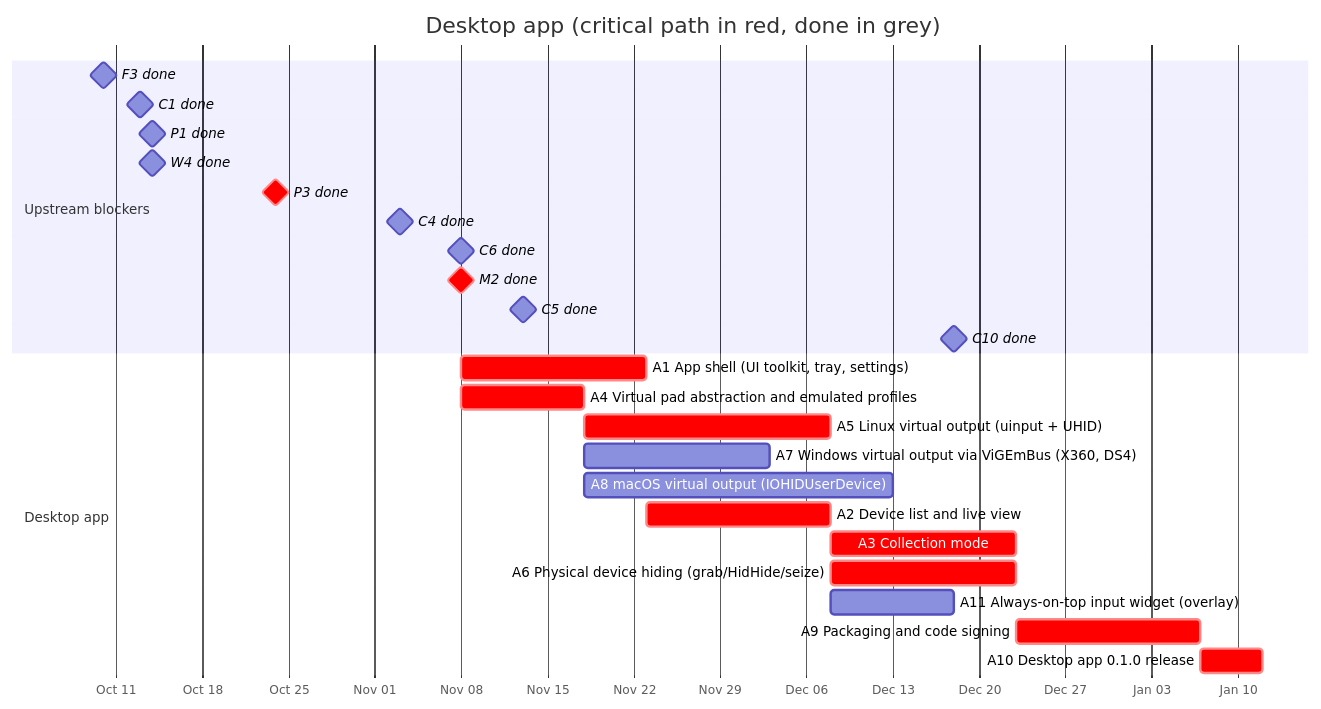
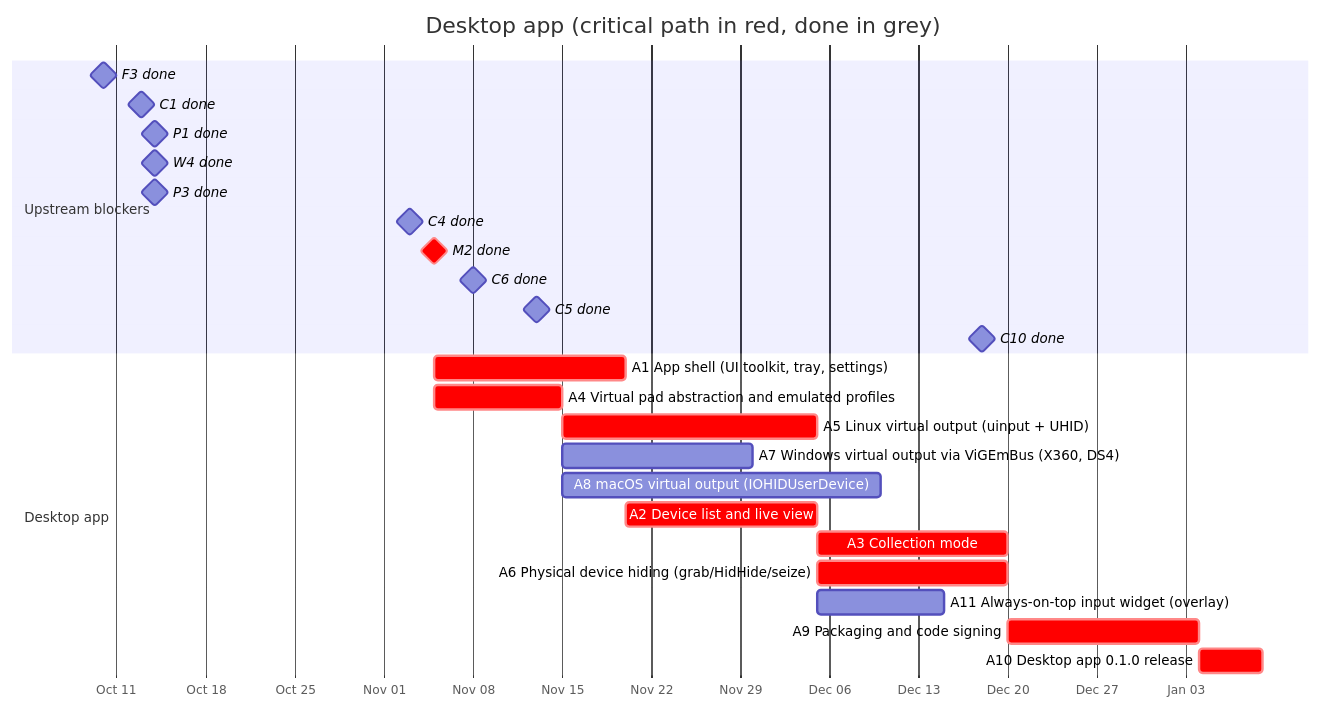
One commit to anygamepad/anygamepad.github.io changed the diagram in ROADMAP/2026-10-14/05-desktop-app.md. Above: the diagram before and after it, drawn with Mermaid. The commit also changed other lines of this file and 19 other files, not shown here.

````diff
--- a/ROADMAP/2026-10-14/05-desktop-app.md
+++ b/ROADMAP/2026-10-14/05-desktop-app.md
@@ -18,29 +18,29 @@
 ```mermaid
 gantt
     dateFormat YYYY-MM-DD
     axisFormat %b %d
     title Desktop app (critical path in red, done in grey)
     section Upstream blockers
     F3 done :milestone, f3, 2026-10-10, 0d
     C1 done :milestone, c1, 2026-10-13, 0d
     P1 done :milestone, p1, 2026-10-14, 0d
     W4 done :milestone, w4, 2026-10-14, 0d
-    P3 done :milestone, crit, p3, 2026-10-24, 0d
+    P3 done :milestone, p3, 2026-10-14, 0d
     C4 done :milestone, c4, 2026-11-03, 0d
+    M2 done :milestone, crit, m2, 2026-11-05, 0d
     C6 done :milestone, c6, 2026-11-08, 0d
-    M2 done :milestone, crit, m2, 2026-11-08, 0d
     C5 done :milestone, c5, 2026-11-13, 0d
     C10 done :milestone, c10, 2026-12-18, 0d
     section Desktop app
     A1 App shell (UI toolkit, tray, settings) :crit, a1, after f3 m2, 15d
     A4 Virtual pad abstraction and emulated profiles :crit, a4, after c1 m2, 10d
     A5 Linux virtual output (uinput + UHID) :crit, a5, after a4 c4, 20d
     A7 Windows virtual output via ViGEmBus (X360, DS4) :a7, after a4 c5, 15d
     A8 macOS virtual output (IOHIDUserDevice) :a8, after a4 c6, 25d
     A2 Device list and live view :crit, a2, after a1 c4, 15d
     A3 Collection mode :crit, a3, after a2 w4 p1 p3, 15d
     A6 Physical device hiding (grab/HidHide/seize) :crit, a6, after a5 c5 c6, 15d
     A11 Always-on-top input widget (overlay) :a11, after a2, 10d
     A9 Packaging and code signing :crit, a9, after a3 a6 a7 a8 a11, 15d
     A10 Desktop app 0.1.0 release :crit, a10, after a9 c10, 5d
 ```
````
